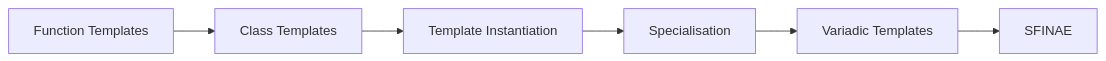
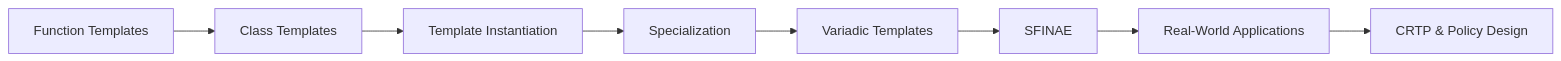
One commit to Raushan666java/ai-engineering-journey changed the diagram in docs/courses/oop-cpp/07-templates.md. Above: the diagram before and after it, drawn with Mermaid. The commit also changed other lines of this file and 15 other files, not shown here.

````diff
--- a/docs/courses/oop-cpp/07-templates.md
+++ b/docs/courses/oop-cpp/07-templates.md
@@ -28,8 +34,10 @@
 ```mermaid
 flowchart LR
     A[Function Templates] --> B[Class Templates]
     B --> C[Template Instantiation]
-    C --> D[Specialisation]
+    C --> D[Specialization]
     D --> E[Variadic Templates]
     E --> F[SFINAE]
+    F --> G[Real-World Applications]
+    G --> H[CRTP & Policy Design]
 ```
````
